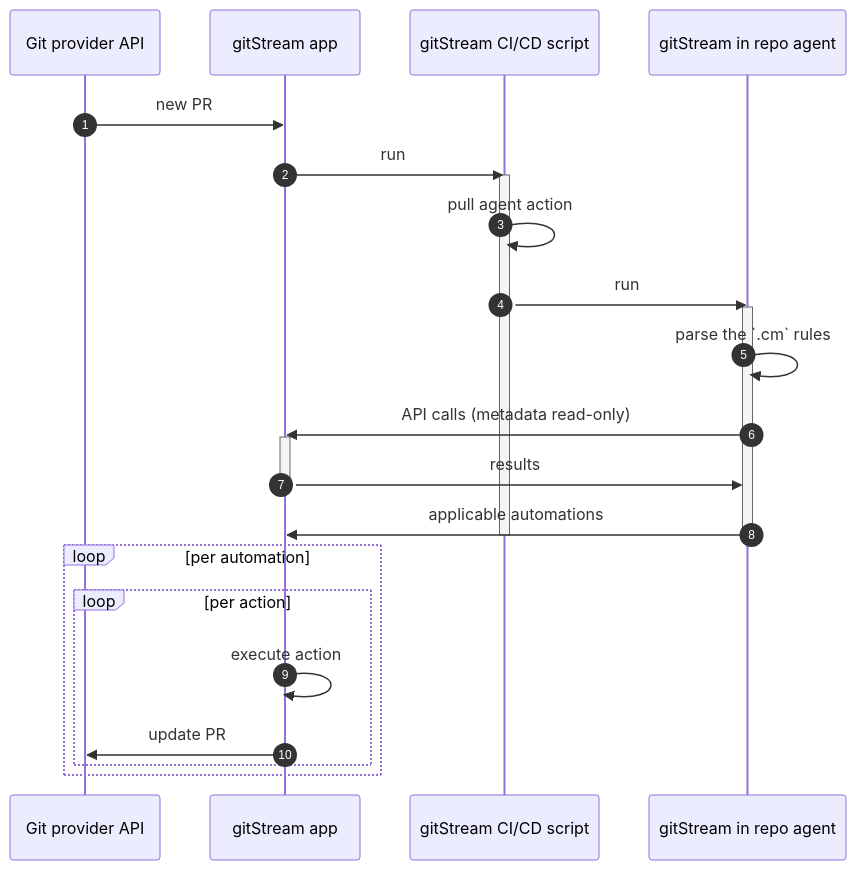
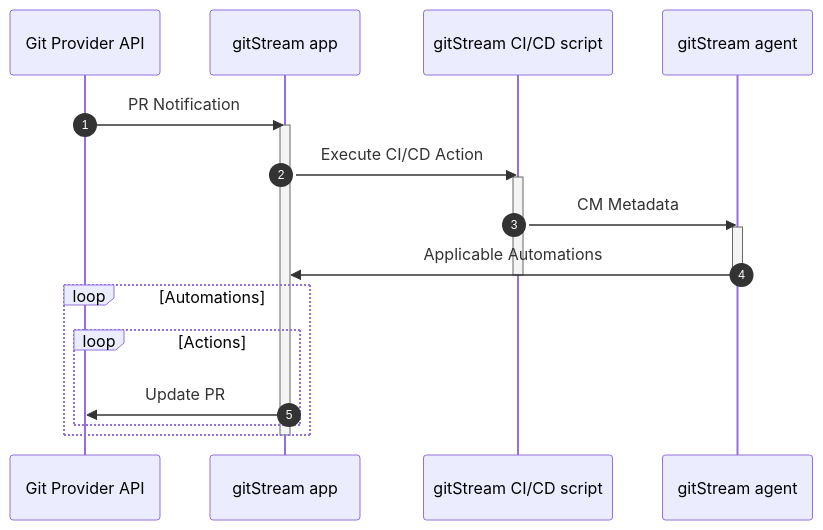
One commit to linear-b/gitstream changed the diagram in docs/how-it-works.md. Above: the diagram before and after it, drawn with Mermaid. The commit also changed other lines of this file and 7 other files, not shown here.

Commit message:
update gitStream onboarding sequence

````diff
--- a/docs/how-it-works.md
+++ b/docs/how-it-works.md
@@ -52,24 +140,19 @@
 ``` mermaid
 sequenceDiagram
   autonumber
-  Git provider API->>gitStream app: new PR
-  gitStream app->>gitStream CI/CD script: run
+  Git Provider API->>gitStream app: PR Notification
+  activate gitStream app
+  gitStream app->>gitStream CI/CD script: Execute CI/CD Action
   activate gitStream CI/CD script
-  gitStream CI/CD script->>gitStream CI/CD script: pull agent action
-  gitStream CI/CD script->>gitStream in repo agent: run
-  activate gitStream in repo agent
-  gitStream in repo agent->>gitStream in repo agent: parse the `.cm` rules
-  gitStream in repo agent->>gitStream app: API calls (metadata read-only)
-  activate gitStream app
-  gitStream app->>gitStream in repo agent: results
-  deactivate gitStream app
-  gitStream in repo agent->>gitStream app: applicable automations
-  deactivate gitStream in repo agent
+  gitStream CI/CD script->>gitStream agent: CM Metadata
+  activate gitStream agent
+  gitStream agent->>gitStream app: Applicable Automations 
+  deactivate gitStream agent
   deactivate gitStream CI/CD script
-  loop per automation
-    loop per action
-      gitStream app->>gitStream app: execute action
-      gitStream app->>Git provider API: update PR
+  loop Automations
+    loop Actions
+      gitStream app->>Git Provider API: Update PR
     end
    end
+  deactivate gitStream app
 ```
````
